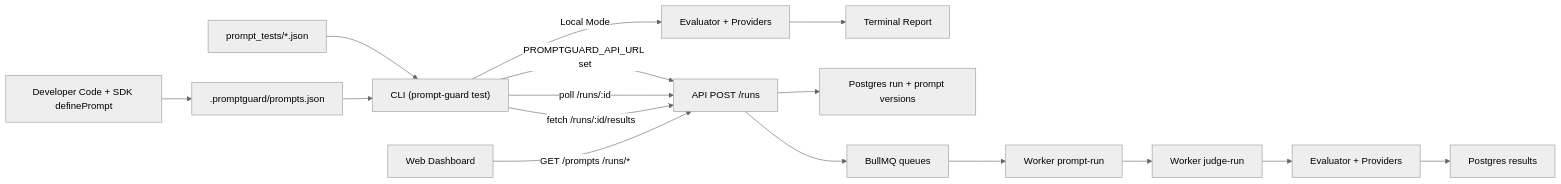
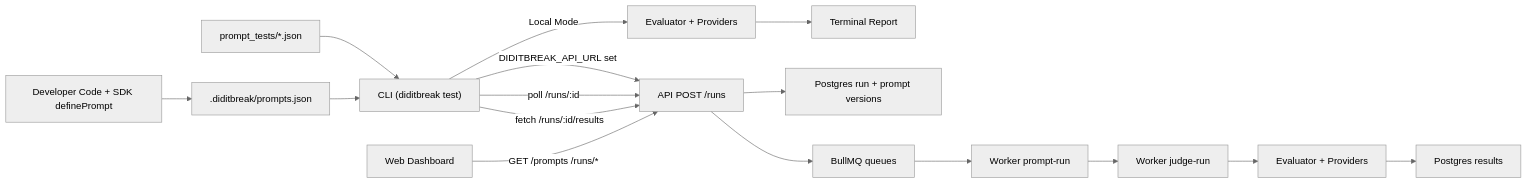
The diagram in plans/codebase_walkthrough.md (Avaya02/PromptGuard), drawn with Mermaid (neutral theme) before and after one commit. The commit also changed other lines of this file and 2 other files, not shown here.

Commit message:
Rename remaining PromptGuard references in planning docs

````diff
--- a/plans/codebase_walkthrough.md
+++ b/plans/codebase_walkthrough.md
@@ -61,21 +61,21 @@
 ```mermaid
 flowchart LR
-  A["Developer Code + SDK definePrompt"] --> B[".promptguard/prompts.json"]
-  C["prompt_tests/*.json"] --> D["CLI (prompt-guard test)"]
+  A["Developer Code + SDK definePrompt"] --> B[".diditbreak/prompts.json"]
+  C["prompt_tests/*.json"] --> D["CLI (diditbreak test)"]
   B --> D
 
   D -->|"Local Mode"| E["Evaluator + Providers"]
   E --> F["Terminal Report"]
 
-  D -->|"PROMPTGUARD_API_URL set"| G["API POST /runs"]
+  D -->|"DIDITBREAK_API_URL set"| G["API POST /runs"]
   G --> H["Postgres run + prompt versions"]
   G --> I["BullMQ queues"]
   I --> J["Worker prompt-run"]
   J --> K["Worker judge-run"]
   K --> L["Evaluator + Providers"]
   L --> M["Postgres results"]
   D -->|"poll /runs/:id"| G
   D -->|"fetch /runs/:id/results"| G
 
   N["Web Dashboard"] -->|"GET /prompts /runs/*"| G
 ```
````
